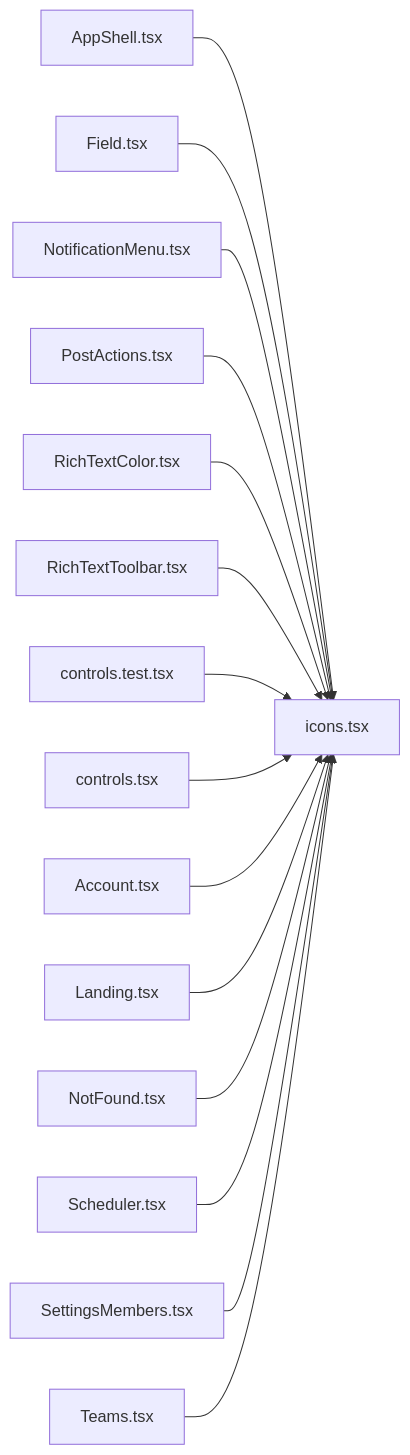
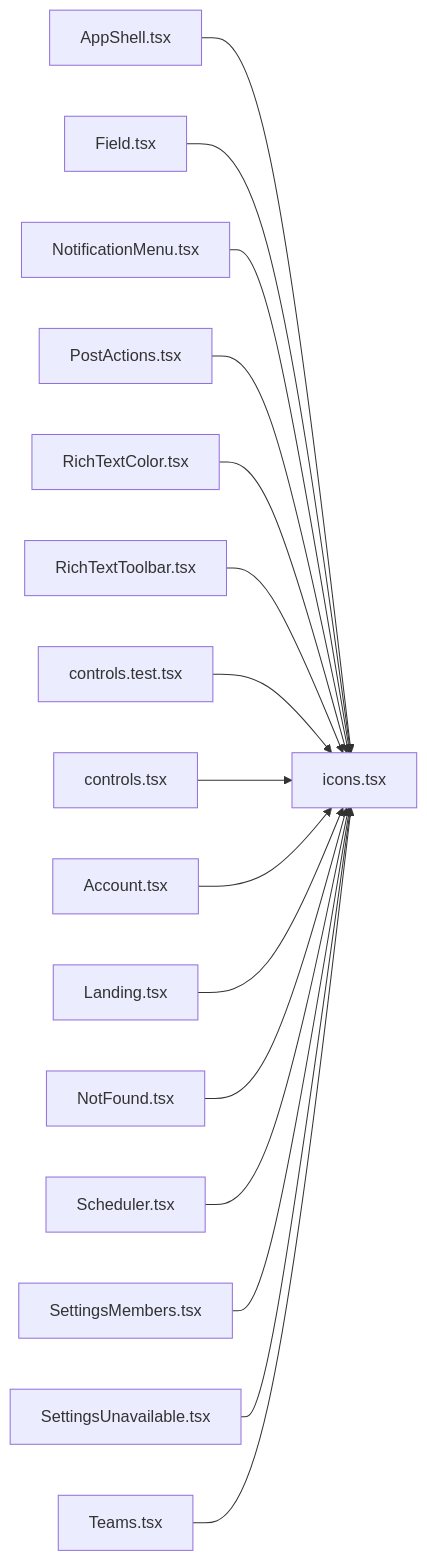
The diagram in .cluedoc/graph/frontend/src/components/icons.md (minkong-dev/Banblit), drawn with Mermaid before and after one commit. The commit also changed other lines of this file and 45 other files, not shown here.

First line of the commit message:
frontend: show unavailable times as a member calendar and a team heatmap

````diff
--- a/.cluedoc/graph/frontend/src/components/icons.md
+++ b/.cluedoc/graph/frontend/src/components/icons.md
@@ -10,18 +10,19 @@
 ```mermaid
 flowchart LR
   frontend_src_components_icons["icons.tsx"]
   frontend_src_components_AppShell["AppShell.tsx"] --> frontend_src_components_icons
   frontend_src_components_Field["Field.tsx"] --> frontend_src_components_icons
   frontend_src_components_NotificationMenu["NotificationMenu.tsx"] --> frontend_src_components_icons
   frontend_src_components_PostActions["PostActions.tsx"] --> frontend_src_components_icons
   frontend_src_components_RichTextColor["RichTextColor.tsx"] --> frontend_src_components_icons
   frontend_src_components_RichTextToolbar["RichTextToolbar.tsx"] --> frontend_src_components_icons
   frontend_src_components_controls_test["controls.test.tsx"] --> frontend_src_components_icons
   frontend_src_components_controls["controls.tsx"] --> frontend_src_components_icons
   frontend_src_routes_Account["Account.tsx"] --> frontend_src_components_icons
   frontend_src_routes_Landing["Landing.tsx"] --> frontend_src_components_icons
   frontend_src_routes_NotFound["NotFound.tsx"] --> frontend_src_components_icons
   frontend_src_routes_Scheduler["Scheduler.tsx"] --> frontend_src_components_icons
   frontend_src_routes_SettingsMembers["SettingsMembers.tsx"] --> frontend_src_components_icons
+  frontend_src_routes_SettingsUnavailable["SettingsUnavailable.tsx"] --> frontend_src_components_icons
   frontend_src_routes_Teams["Teams.tsx"] --> frontend_src_components_icons
 ```
````
